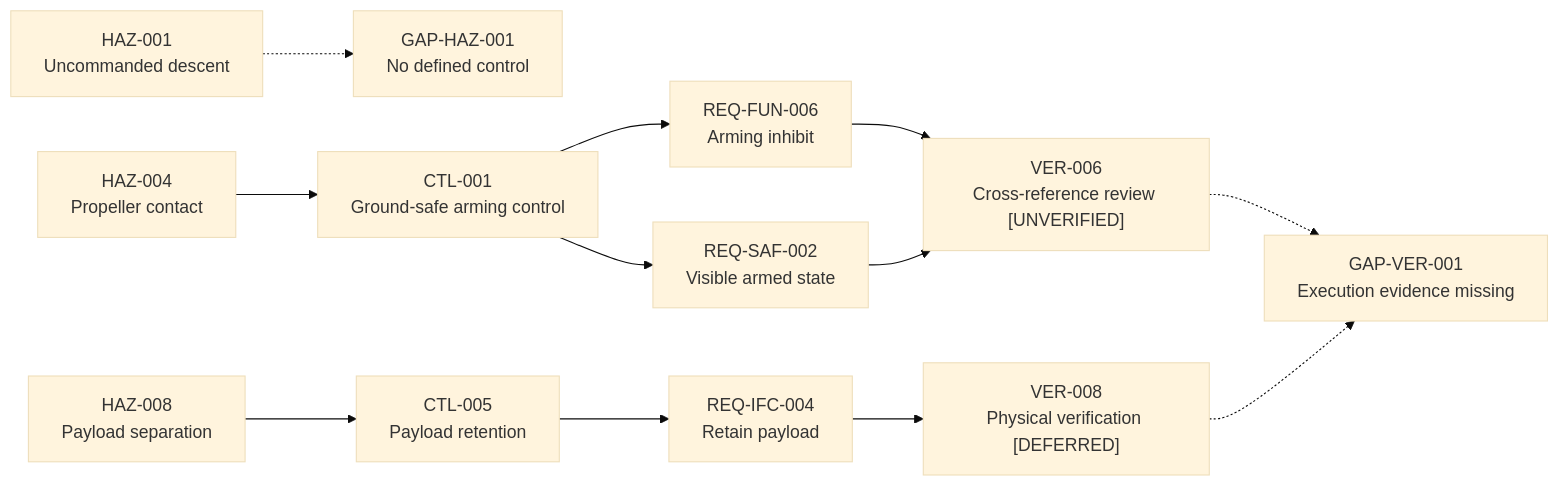
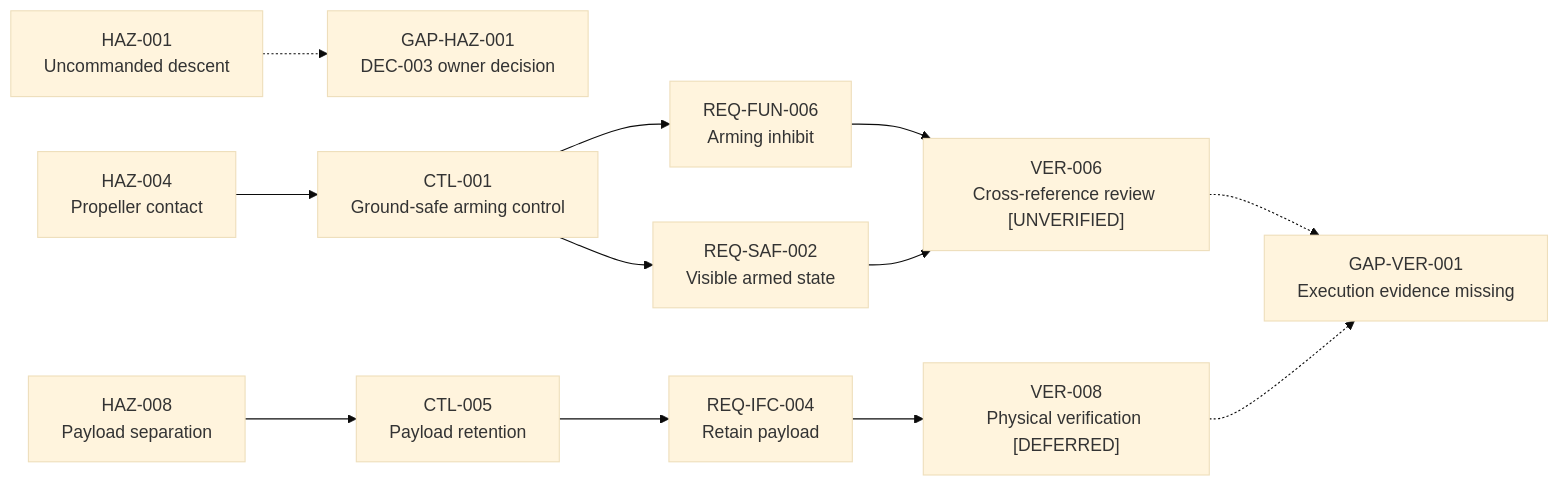
Before and after one commit to noahstephenson/low-cost-relay-uas: diagram 11 of 12 in architecture.md, drawn with Mermaid (base theme). The commit also changed other lines of this file and 12 other files, not shown here.

Commit message:
Mature relay UAS candidate architecture

````diff
--- a/architecture.md
+++ b/architecture.md
@@ -259,15 +286,15 @@
 ```mermaid
 flowchart LR
     %% Configuration scope: CFG-REP / CFG-DOM
-    HAZ_001["HAZ-001<br/>Uncommanded descent"] -.-> GAP_HAZ_001["GAP-HAZ-001<br/>No defined control"]
+    HAZ_001["HAZ-001<br/>Uncommanded descent"] -.-> GAP_HAZ_001["GAP-HAZ-001<br/>DEC-003 owner decision"]
     HAZ_004["HAZ-004<br/>Propeller contact"] --> CTL_001["CTL-001<br/>Ground-safe arming control"]
     CTL_001 --> REQ_FUN_006["REQ-FUN-006<br/>Arming inhibit"]
     CTL_001 --> REQ_SAF_002["REQ-SAF-002<br/>Visible armed state"]
     REQ_FUN_006 --> VER_006["VER-006<br/>Cross-reference review [UNVERIFIED]"]
     REQ_SAF_002 --> VER_006
     VER_006 -.-> GAP_VER_001["GAP-VER-001<br/>Execution evidence missing"]
     HAZ_008["HAZ-008<br/>Payload separation"] --> CTL_005["CTL-005<br/>Payload retention"]
     CTL_005 --> REQ_IFC_004["REQ-IFC-004<br/>Retain payload"]
     REQ_IFC_004 --> VER_008["VER-008<br/>Physical verification [DEFERRED]"]
     VER_008 -.-> GAP_VER_001
 ```
````
